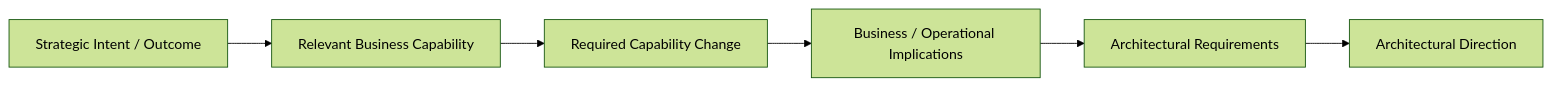
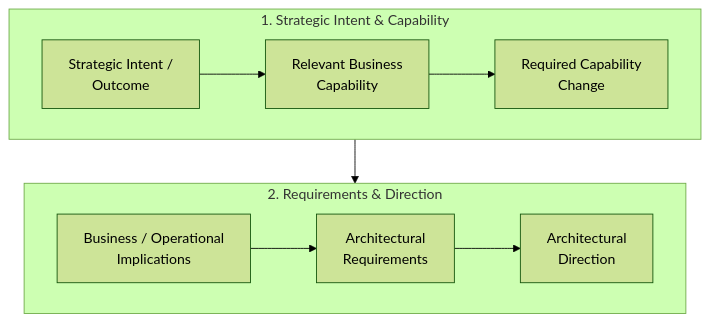
The third of 16 diagrams in docs/sop/02-target-architecture.md (avfranco-br/portfolio), drawn with Mermaid (forest theme) before and after one commit. The commit also changed other lines of this file and 10 other files, not shown here.

Commit message:
Refactor Mermaid diagrams across SOP and methods documentation for legibility

````diff
--- a/docs/sop/02-target-architecture.md
+++ b/docs/sop/02-target-architecture.md
@@ -86,10 +95,16 @@
 ```mermaid
-flowchart LR
-    A["Strategic Intent / Outcome"]
-    B["Relevant Business Capability"]
-    C["Required Capability Change"]
-    D["Business / Operational Implications"]
-    E["Architectural Requirements"]
-    F["Architectural Direction"]
-    A --> B --> C --> D --> E --> F
+flowchart TD
+    subgraph Intent["1. Strategic Intent & Capability"]
+        direction LR
+        A["Strategic Intent /<br/>Outcome"] --> B["Relevant Business<br/>Capability"]
+        B --> C["Required Capability<br/>Change"]
+    end
+
+    subgraph Architecture["2. Requirements & Direction"]
+        direction LR
+        D["Business / Operational<br/>Implications"] --> E["Architectural<br/>Requirements"]
+        E --> F["Architectural<br/>Direction"]
+    end
+
+    C --> D
 ```
````
